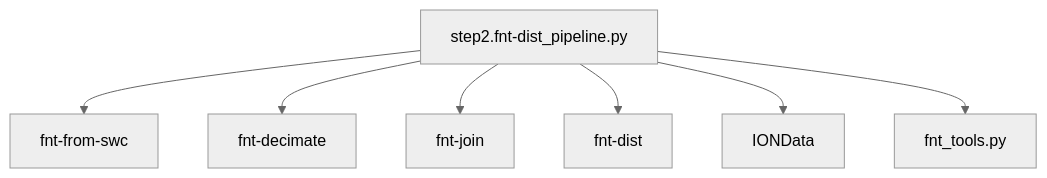
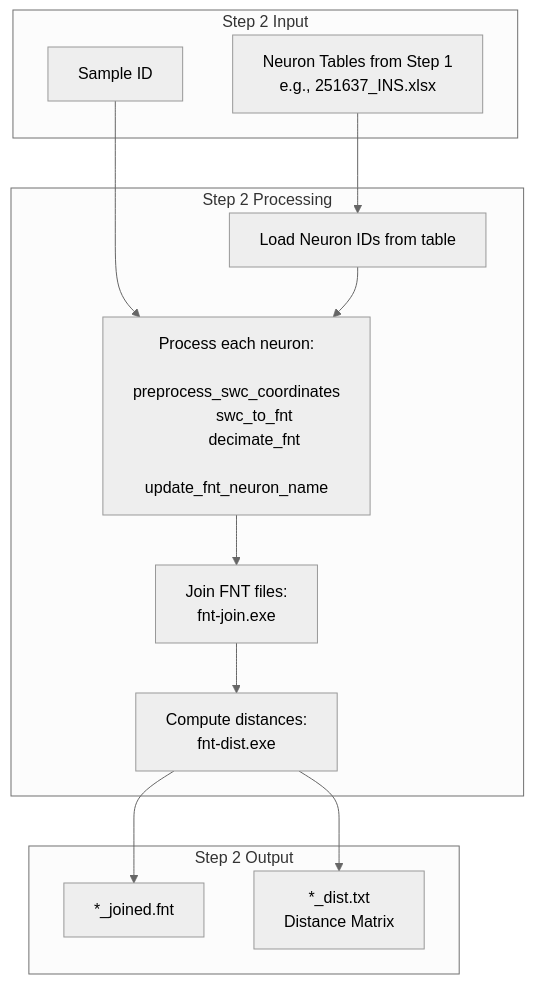
The third of 5 diagrams in main_scripts/PIPELINE_MINDMAP.md (InteroAnat/projectome_analysis), drawn with Mermaid (neutral theme) before and after one commit. The commit also changed other lines of this file, not shown here.

First line of the commit message:
Fix pipeline mindmap - correct data flow direction

````diff
--- a/main_scripts/PIPELINE_MINDMAP.md
+++ b/main_scripts/PIPELINE_MINDMAP.md
@@ -152,9 +200,35 @@
 ```mermaid
 flowchart TD
-    S2[step2.fnt-dist_pipeline.py] --> A[fnt-from-swc]
-    S2 --> B[fnt-decimate]
-    S2 --> C[fnt-join]
-    S2 --> D[fnt-dist]
-    S2 --> E[IONData]
-    S2 --> F[fnt_tools.py]
+    subgraph Input["Step 2 Input"]
+        I1[Neuron Tables from Step 1
+        e.g., 251637_INS.xlsx]
+        I2[Sample ID]
+    end
+
+    subgraph Processing["Step 2 Processing"]
+        P1[Load Neuron IDs from table]
+        P2[Process each neuron:
+        preprocess_swc_coordinates
+        swc_to_fnt
+        decimate_fnt
+        update_fnt_neuron_name]
+        P3[Join FNT files:
+        fnt-join.exe]
+        P4[Compute distances:
+        fnt-dist.exe]
+    end
+
+    subgraph Output["Step 2 Output"]
+        O1[*_joined.fnt]
+        O2[*_dist.txt
+        Distance Matrix]
+    end
+
+    I1 --> P1
+    I2 --> P2
+    P1 --> P2
+    P2 --> P3
+    P3 --> P4
+    P4 --> O1
+    P4 --> O2
 ```
````
